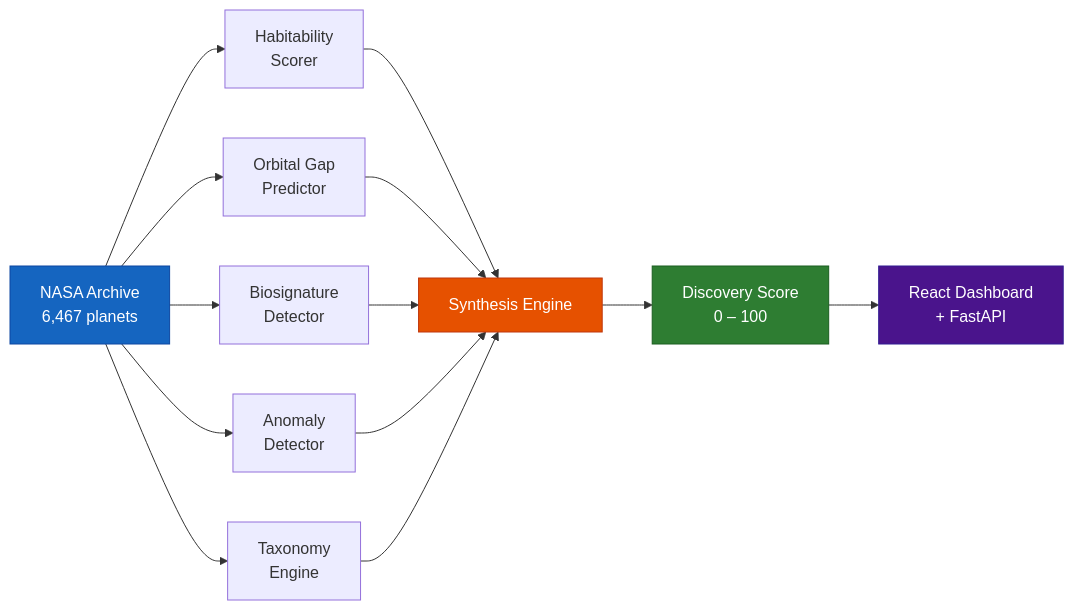
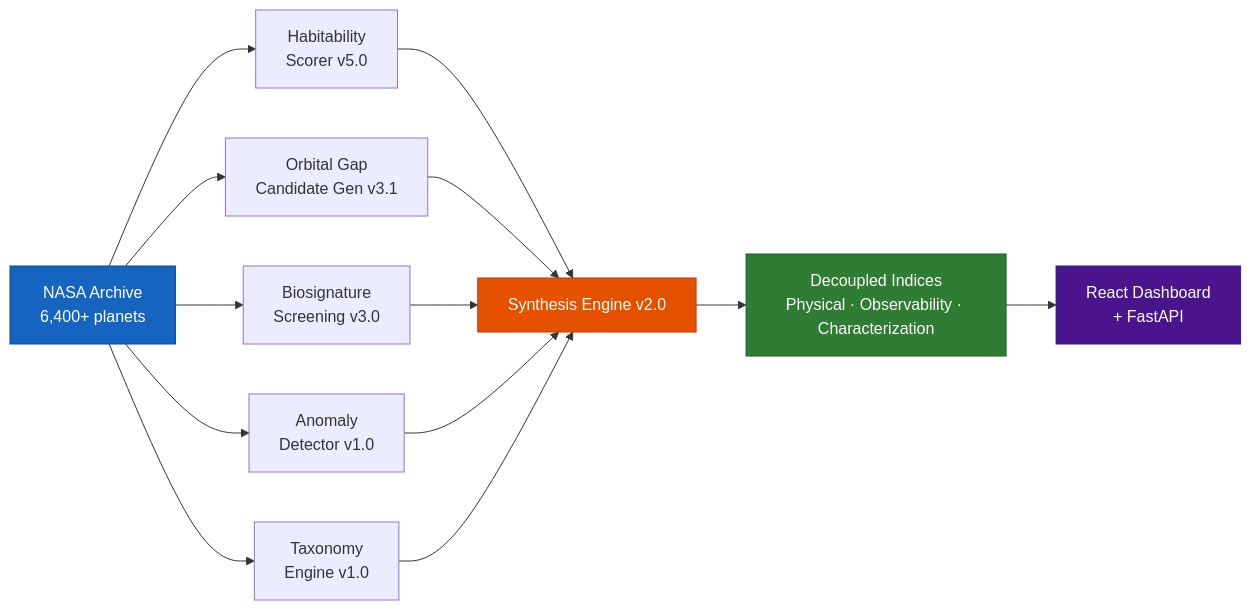
The first of 4 diagrams in README.md (yoohooshantanu/Exo), drawn with Mermaid before and after one commit. The commit also changed other lines of this file and 1 other file, not shown here.

````diff
--- a/README.md
+++ b/README.md
@@ -7,22 +10,30 @@
 ```mermaid
 flowchart LR
-    A["NASA Archive\n6,467 planets"] --> B["Habitability\nScorer"]
-    A --> C["Orbital Gap\nPredictor"]
-    A --> D["Biosignature\nDetector"]
-    A --> E["Anomaly\nDetector"]
-    A --> F["Taxonomy\nEngine"]
+    A["NASA Archive
+6,400+ planets"] --> B["Habitability
+Scorer v5.0"]
+    A --> C["Orbital Gap
+Candidate Gen v3.1"]
+    A --> D["Biosignature
+Screening v3.0"]
+    A --> E["Anomaly
+Detector v1.0"]
+    A --> F["Taxonomy
+Engine v1.0"]
 
-    B --> G["Synthesis Engine"]
+    B --> G["Synthesis Engine v2.0"]
     C --> G
     D --> G
     E --> G
     F --> G
 
-    G --> H["Discovery Score\n0 – 100"]
-    H --> I["React Dashboard\n+ FastAPI"]
+    G --> H["Decoupled Indices
+Physical · Observability · Characterization"]
+    H --> I["React Dashboard
++ FastAPI"]
 
     style A fill:#1565c0,color:#fff,stroke:#0d47a1
     style G fill:#e65100,color:#fff,stroke:#bf360c
     style H fill:#2e7d32,color:#fff,stroke:#1b5e20
     style I fill:#4a148c,color:#fff,stroke:#311b92
 ```
````
